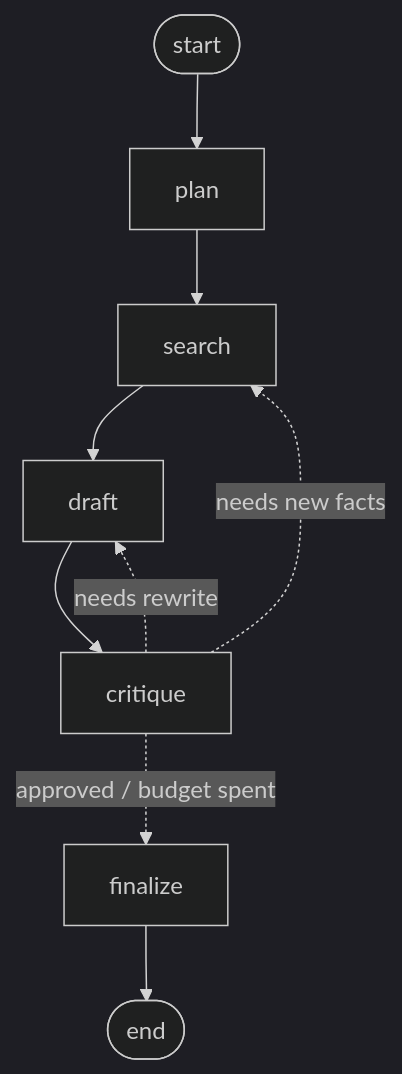
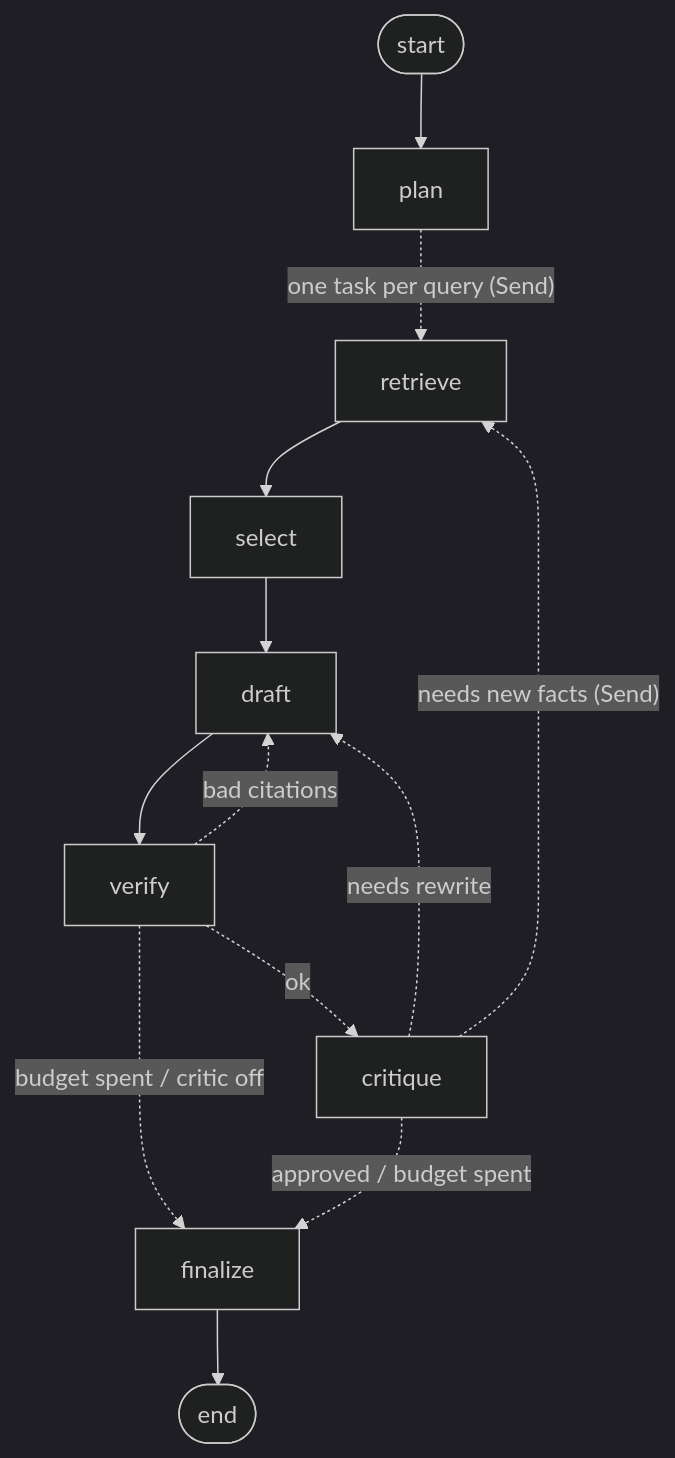
Before and after one commit to Accayo14/langgraph-research-agent: the diagram in README.md, drawn with Mermaid (dark theme). The commit also changed other lines of this file and 32 other files, not shown here.

````diff
--- a/README.md
+++ b/README.md
@@ -13,11 +49,15 @@
 ```mermaid
 graph TD;
     START([start]) --> plan;
-    plan --> search;
-    search --> draft;
-    draft --> critique;
+    plan -. "one task per query (Send)" .-> retrieve;
+    retrieve --> select;
+    select --> draft;
+    draft --> verify;
+    verify -. "bad citations" .-> draft;
+    verify -. "ok" .-> critique;
+    verify -. "budget spent / critic off" .-> finalize;
     critique -. "approved / budget spent" .-> finalize;
     critique -. "needs rewrite" .-> draft;
-    critique -. "needs new facts" .-> search;
+    critique -. "needs new facts (Send)" .-> retrieve;
     finalize --> END([end]);
 ```
````
